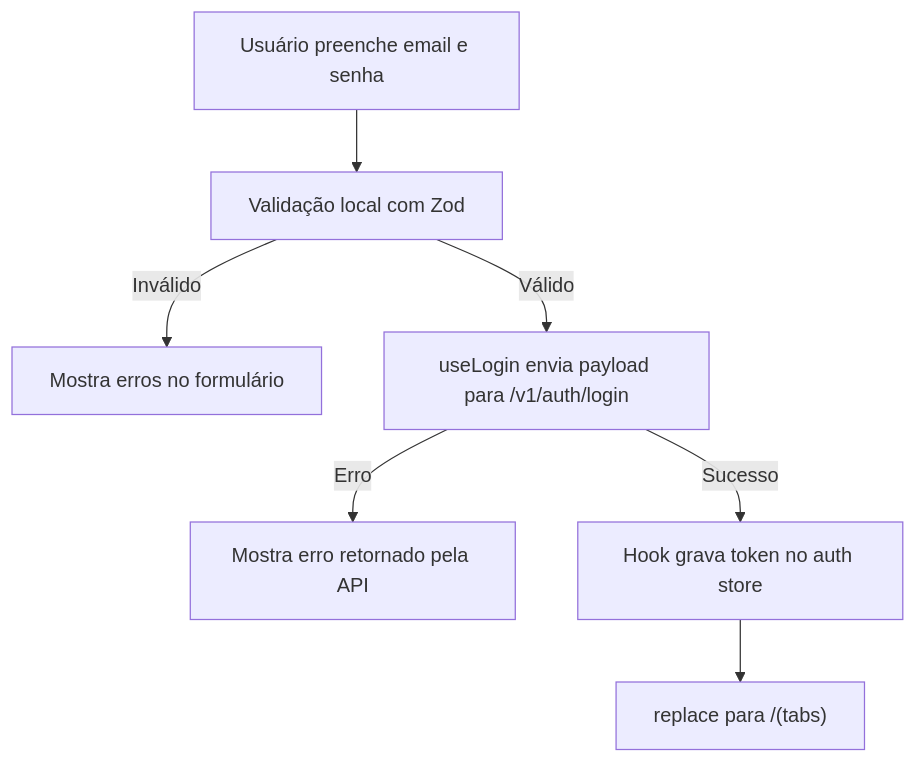
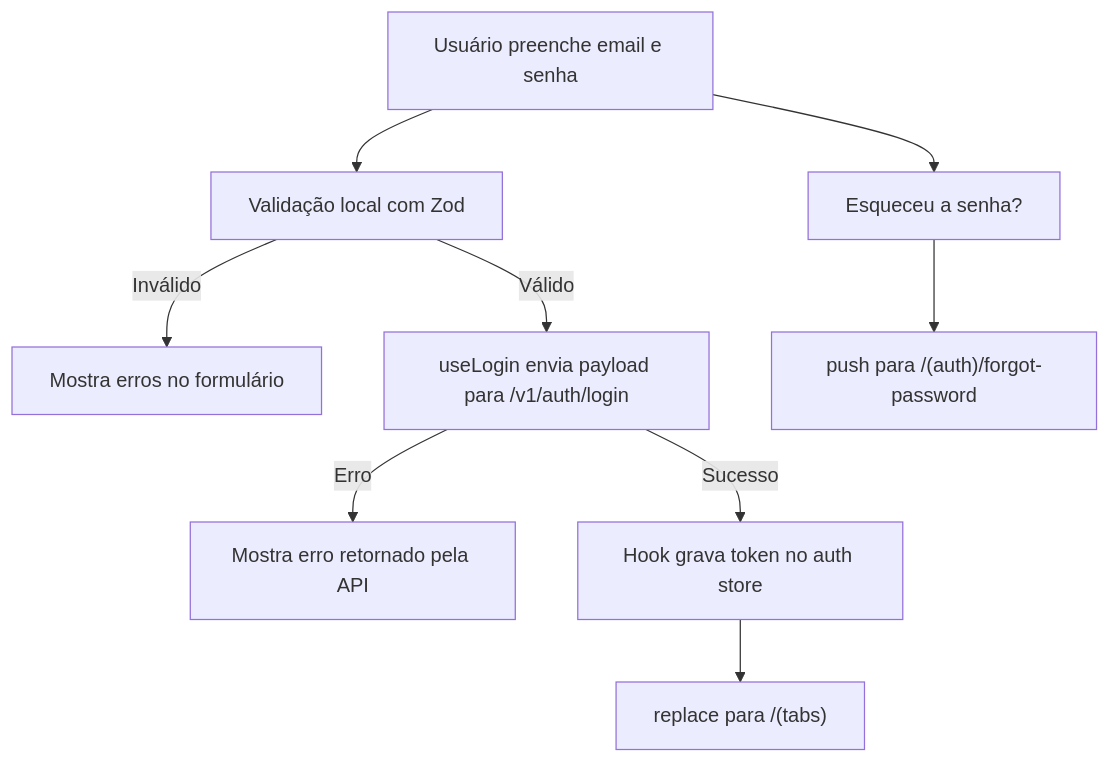
Before and after one commit to ewertonfrnc/finance-app: the seventh of 19 diagrams in OVERVIEW.md, drawn with Mermaid. The commit also changed other lines of this file and 2 other files, not shown here.

````diff
--- a/OVERVIEW.md
+++ b/OVERVIEW.md
@@ -98,9 +109,11 @@
 ```mermaid
 flowchart TD
   A["Usuário preenche email e senha"] --> B["Validação local com Zod"]
   B -->|Inválido| C["Mostra erros no formulário"]
   B -->|Válido| D["useLogin envia payload para /v1/auth/login"]
   D -->|Erro| E["Mostra erro retornado pela API"]
   D -->|Sucesso| F["Hook grava token no auth store"]
   F --> G["replace para /(tabs)"]
+  A --> H["Esqueceu a senha?"]
+  H --> I["push para /(auth)/forgot-password"]
 ```
````
